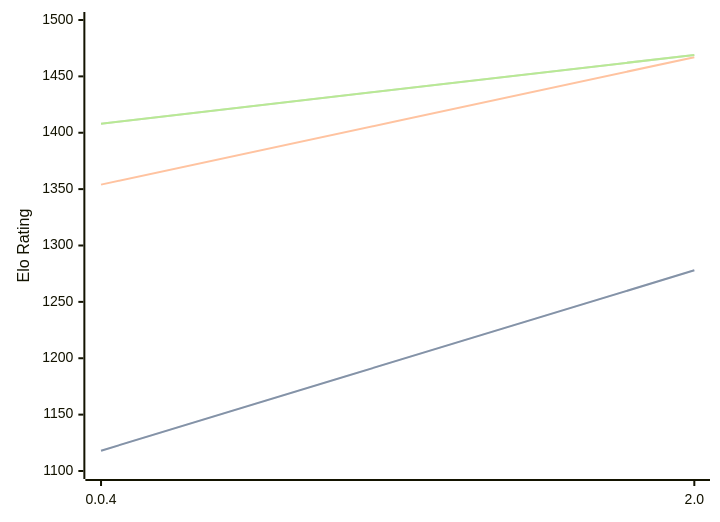
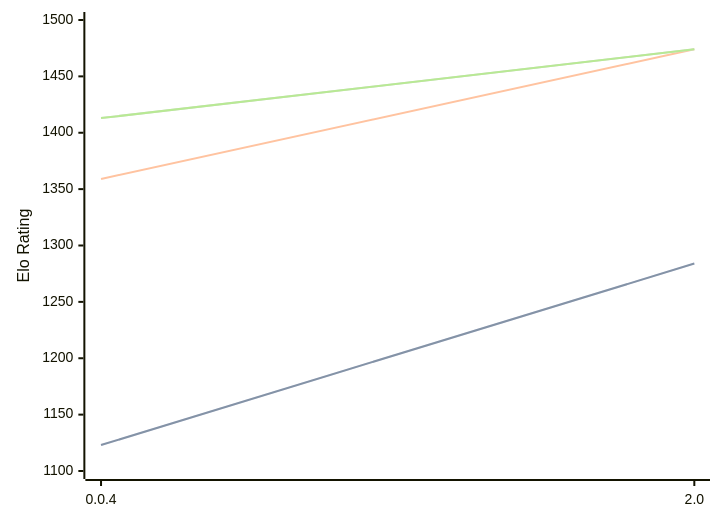
Before and after one commit to computer-chess-index/cci: the diagram in engines/Oops!Mate.md, drawn with Mermaid. The commit also changed other lines of this file, not shown here.

Commit message:
Update CCI Ratings (ELO VLTC) - 2026-04-14

````diff
--- a/engines/Oops!Mate.md
+++ b/engines/Oops!Mate.md
@@ -51,11 +51,11 @@
 ```mermaid
 %%{init: {"theme":"base","themeVariables":{"seriesColors:['#a3a3a3','#222221','#faa371']}}}%%
 xychart-beta
   x-axis ["0.0.4", "2.0"]
   y-axis "Elo Rating" 1100 --> 1500
-  line "STC (8.0+0.08s)" [1118, 1278]
-  line "STC (8.0+0.08s)" [1118, 1278]
-  line "LTC (60.0+0.60s)" [1354, 1467]
-  line "VLTC (2m24s+1.12s)" [1408, 1469]
-  line "VLTC (2m24s+1.12s)" [1408, 1469]
+  line "STC (8.0+0.08s)" [1123, 1284]
+  line "STC (8.0+0.08s)" [1123, 1284]
+  line "LTC (60.0+0.60s)" [1359, 1474]
+  line "VLTC (2m24s+1.12s)" [1413, 1474]
+  line "VLTC (2m24s+1.12s)" [1413, 1474]
 ```
````
